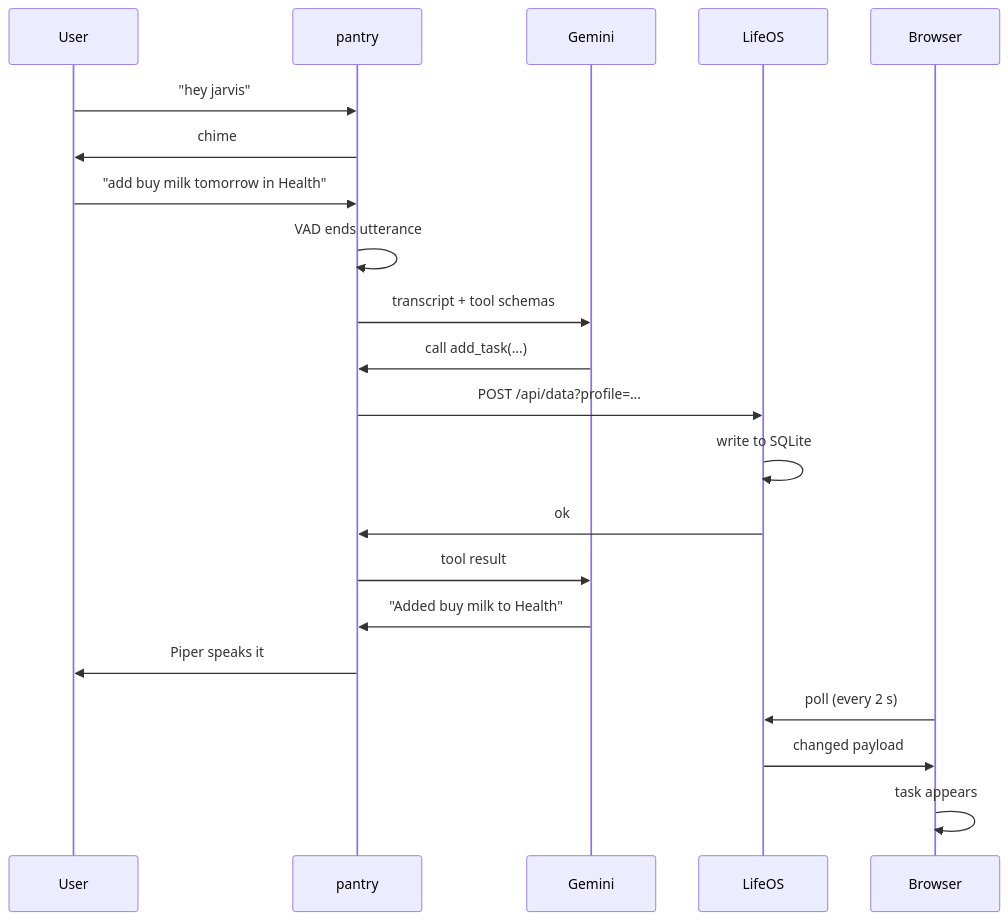
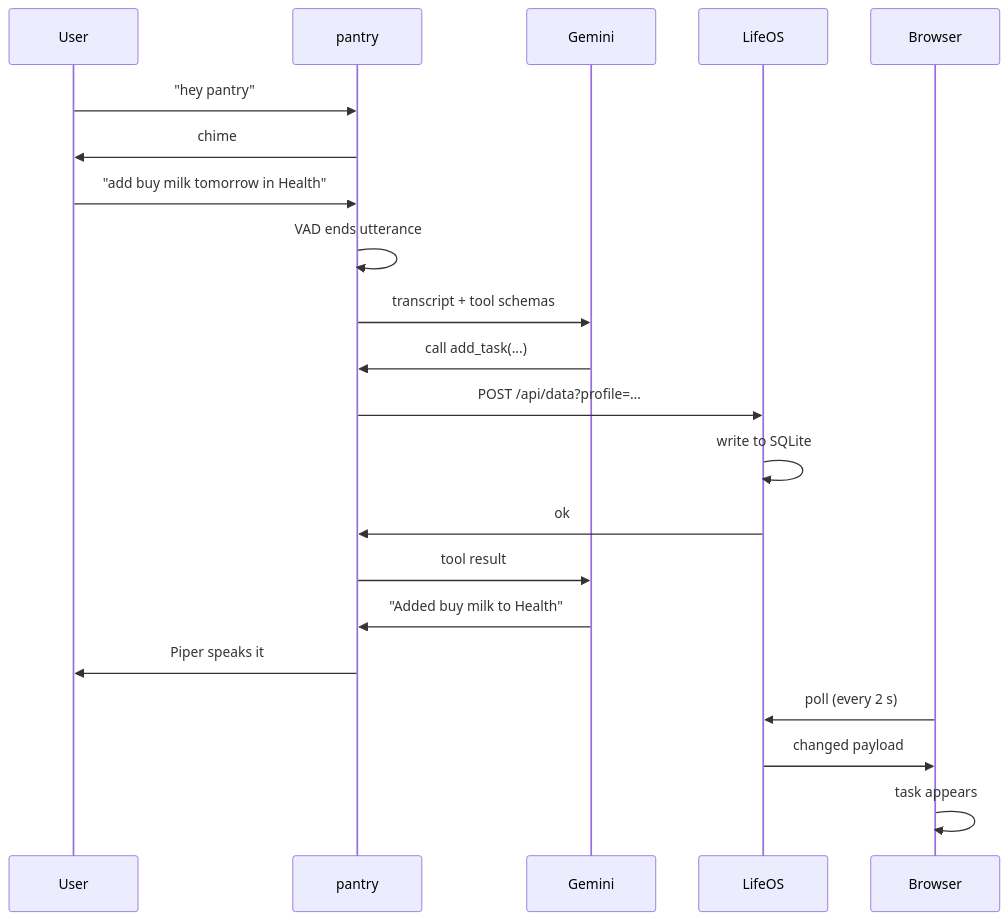
Before and after one commit to DK09876/pantry: the fourth of 4 diagrams in docs/architecture.md, drawn with Mermaid. The commit also changed other lines of this file and 17 other files, not shown here.

First line of the commit message:
Voice everywhere: LifeOS assistant tools, Siri endpoint, hey pantry

````diff
--- a/docs/architecture.md
+++ b/docs/architecture.md
@@ -109,24 +109,24 @@
 ```mermaid
 sequenceDiagram
     participant U as User
     participant P as pantry
     participant Gm as Gemini
     participant L as LifeOS
     participant B as Browser
 
-    U->>P: "hey jarvis"
+    U->>P: "hey pantry"
     P->>U: chime
     U->>P: "add buy milk tomorrow in Health"
     P->>P: VAD ends utterance
     P->>Gm: transcript + tool schemas
     Gm->>P: call add_task(...)
     P->>L: POST /api/data?profile=…
     L->>L: write to SQLite
     L->>P: ok
     P->>Gm: tool result
     Gm->>P: "Added buy milk to Health"
     P->>U: Piper speaks it
     B->>L: poll (every 2 s)
     L->>B: changed payload
     B->>B: task appears
 ```
````
